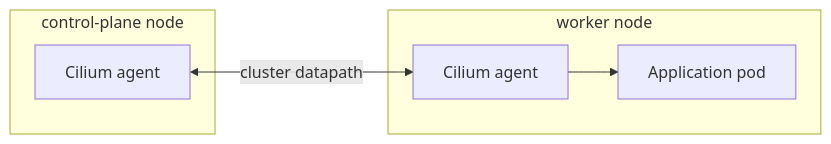
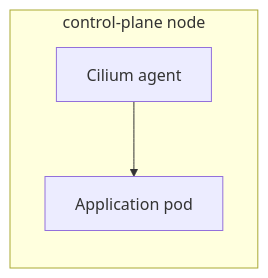
One commit to nickromney/platform changed the third of 11 diagrams in kubernetes/kind/README.md. Above: the diagram before and after it, drawn with Mermaid. The commit also changed other lines of this file and 41 other files, not shown here.

First line of the commit message:
Make Cilium Gateway the kind operator path, not a NodePort hairpin.

````diff
--- a/kubernetes/kind/README.md
+++ b/kubernetes/kind/README.md
@@ -408,12 +412,8 @@
 ```mermaid
 flowchart LR
     subgraph cp["control-plane node"]
         cpa["Cilium agent"]
-    end
-    subgraph wk["worker node"]
-        wka["Cilium agent"]
         pod["Application pod"]
     end
-    cpa <-- "cluster datapath" --> wka
-    wka --> pod
+    cpa --> pod
 ```
````
